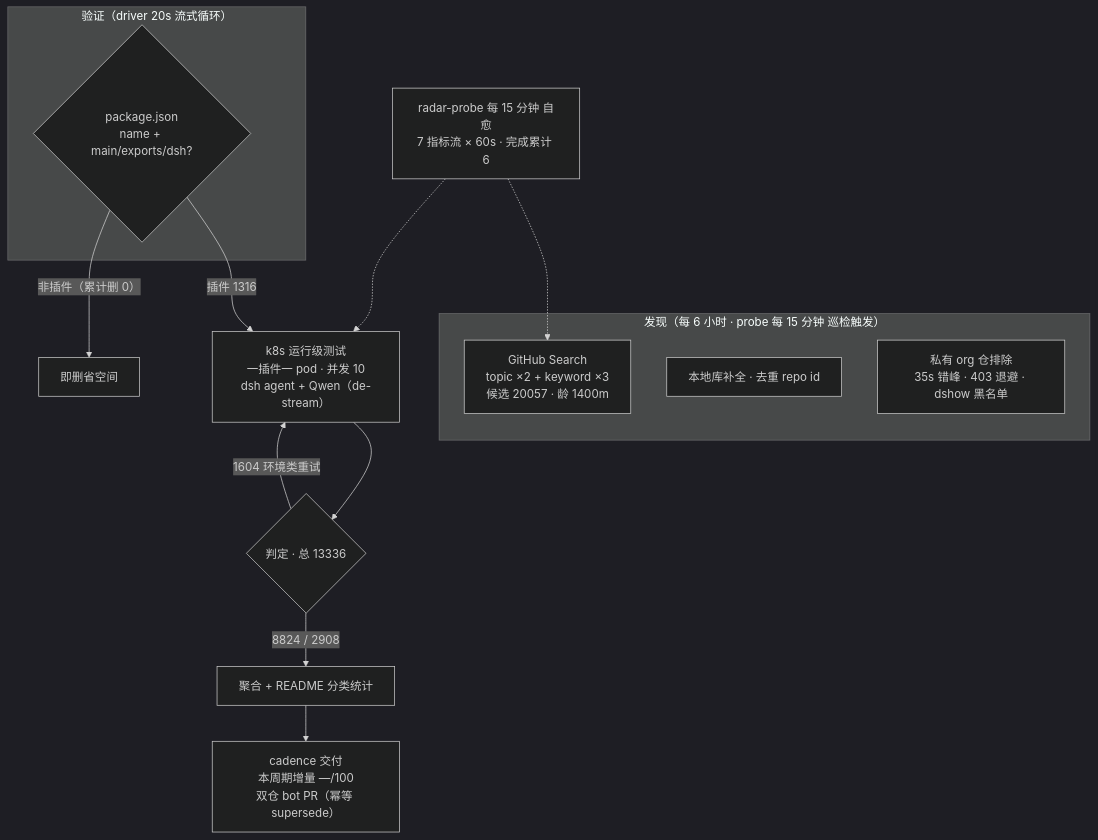
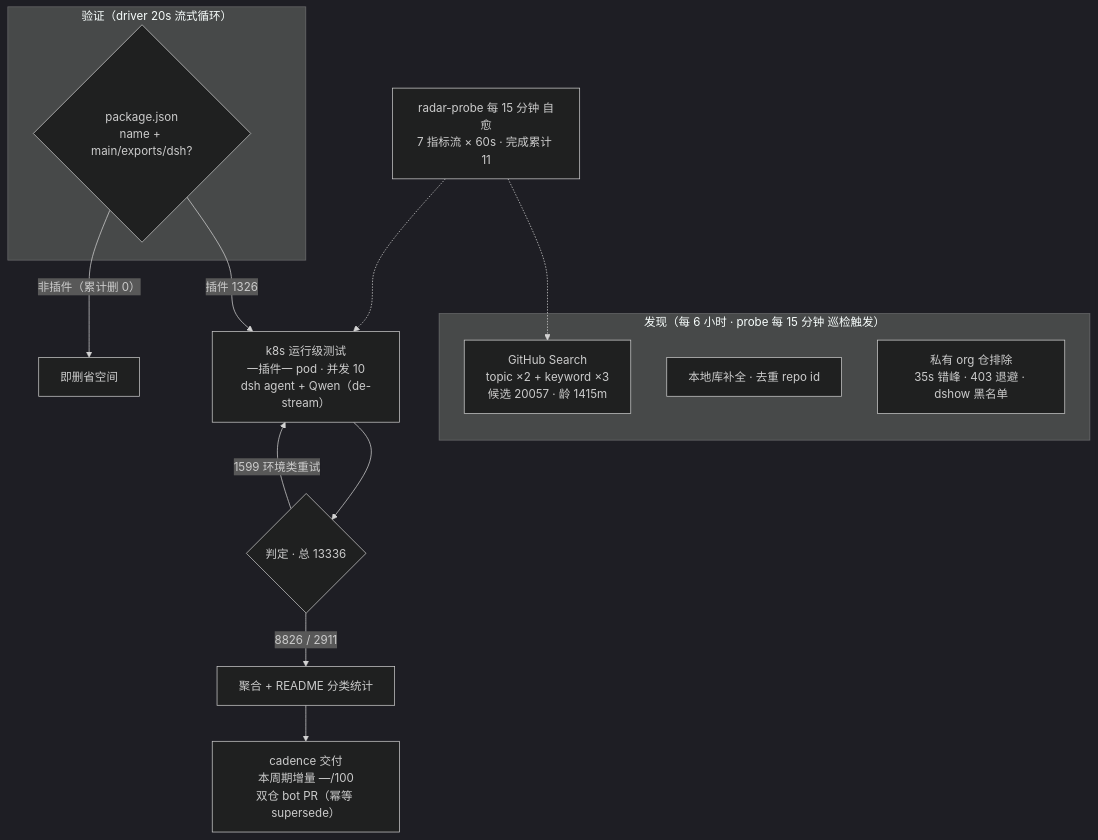
One commit to AdamPlatin123/dsh-plugin-radar changed the diagram in README.md. Above: the diagram before and after it, drawn with Mermaid (dark theme). The commit also changed other lines of this file and 9 other files, not shown here.

````diff
--- a/README.md
+++ b/README.md
@@ -52,20 +52,20 @@
 ```mermaid
 flowchart TB
     subgraph Discovery["发现（每 6 小时 · probe 每 15 分钟 巡检触发）"]
-        A1["GitHub Search<br/>topic ×2 + keyword ×3<br/>候选 20057 · 龄 1400m"]
+        A1["GitHub Search<br/>topic ×2 + keyword ×3<br/>候选 20057 · 龄 1415m"]
         A2["本地库补全 · 去重 repo id"]
         A3["私有 org 仓排除<br/>35s 错峰 · 403 退避 · dshow 黑名单"]
     end
     subgraph Validation["验证（driver 20s 流式循环）"]
         B1{"package.json<br/>name + main/exports/dsh?"}
     end
-    B1 -->|"插件 1316"| C1["k8s 运行级测试<br/>一插件一 pod · 并发 10<br/>dsh agent + Qwen（de-stream）"]
+    B1 -->|"插件 1326"| C1["k8s 运行级测试<br/>一插件一 pod · 并发 10<br/>dsh agent + Qwen（de-stream）"]
     B1 -->|"非插件（累计删 0）"| B3["即删省空间"]
     C1 --> D1{"判定 · 总 13336"}
-    D1 -->|"8824 / 2908"| E1["聚合 + README 分类统计"]
-    D1 -->|"1604 环境类重试"| C1
+    D1 -->|"8826 / 2911"| E1["聚合 + README 分类统计"]
+    D1 -->|"1599 环境类重试"| C1
     E1 --> E2["cadence 交付<br/>本周期增量 —/100<br/>双仓 bot PR（幂等 supersede）"]
-    M["radar-probe 每 15 分钟 自愈<br/>7 指标流 × 60s · 完成累计 6"]
+    M["radar-probe 每 15 分钟 自愈<br/>7 指标流 × 60s · 完成累计 11"]
     M -.-> A1
     M -.-> C1
 ```
````
